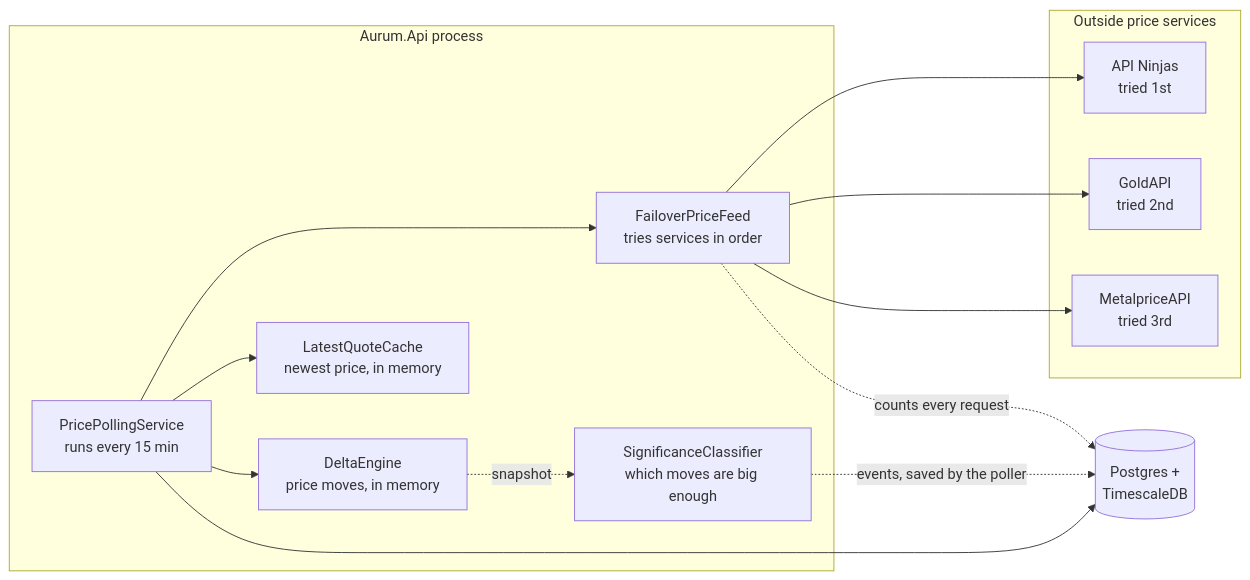
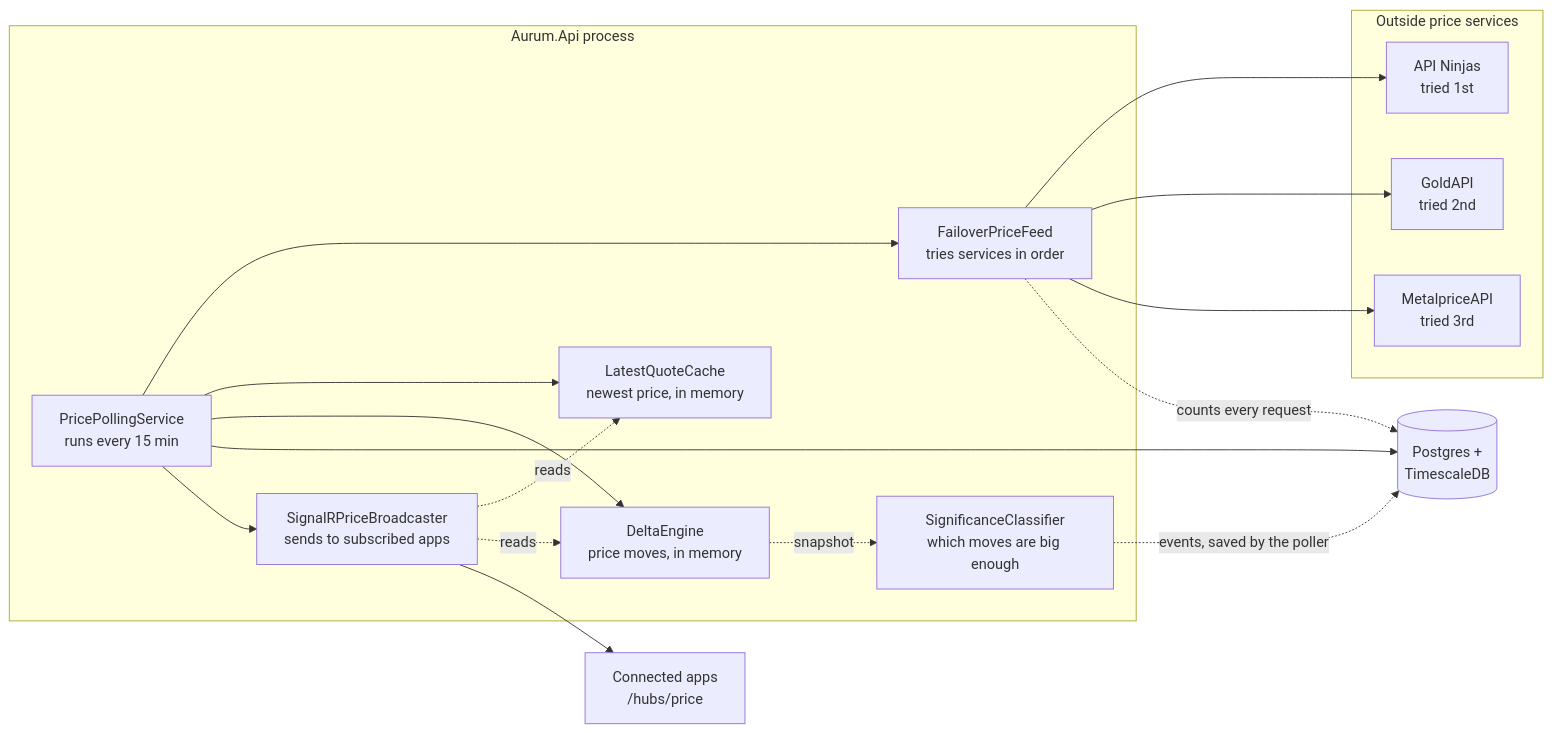
One commit to avolel/aurum changed the first of 4 diagrams in docs/code-overview.md. Above: the diagram before and after it, drawn with Mermaid. The commit also changed other lines of this file and 15 other files, not shown here.

First line of the commit message:
Send live prices to apps over SignalR (item 7)

````diff
--- a/docs/code-overview.md
+++ b/docs/code-overview.md
@@ -40,27 +42,32 @@
 ```mermaid
 flowchart LR
     subgraph outside["Outside price services"]
         N[API Ninjas<br/>tried 1st]
         G[GoldAPI<br/>tried 2nd]
         M[MetalpriceAPI<br/>tried 3rd]
     end
 
     subgraph api["Aurum.Api process"]
         P[PricePollingService<br/>runs every 15 min]
         F[FailoverPriceFeed<br/>tries services in order]
         C[LatestQuoteCache<br/>newest price, in memory]
         D[DeltaEngine<br/>price moves, in memory]
         S[SignificanceClassifier<br/>which moves are big enough]
+        B[SignalRPriceBroadcaster<br/>sends to subscribed apps]
     end
 
     DB[(Postgres +<br/>TimescaleDB)]
+    A[Connected apps<br/>/hubs/price]
 
     P --> F
     F --> N & G & M
     P --> C
     P --> D
     D -. snapshot .-> S
     P --> DB
     S -. events, saved by the poller .-> DB
     F -. counts every request .-> DB
+    P --> B
+    B -. reads .-> C & D
+    B --> A
 ```
````
